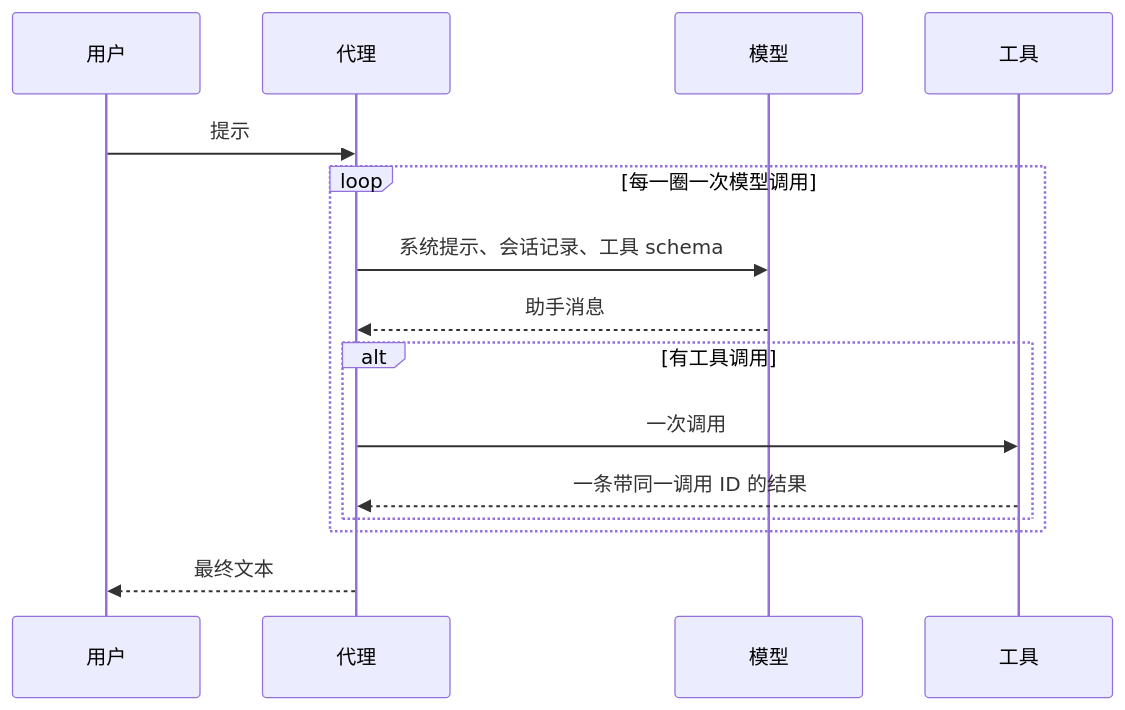
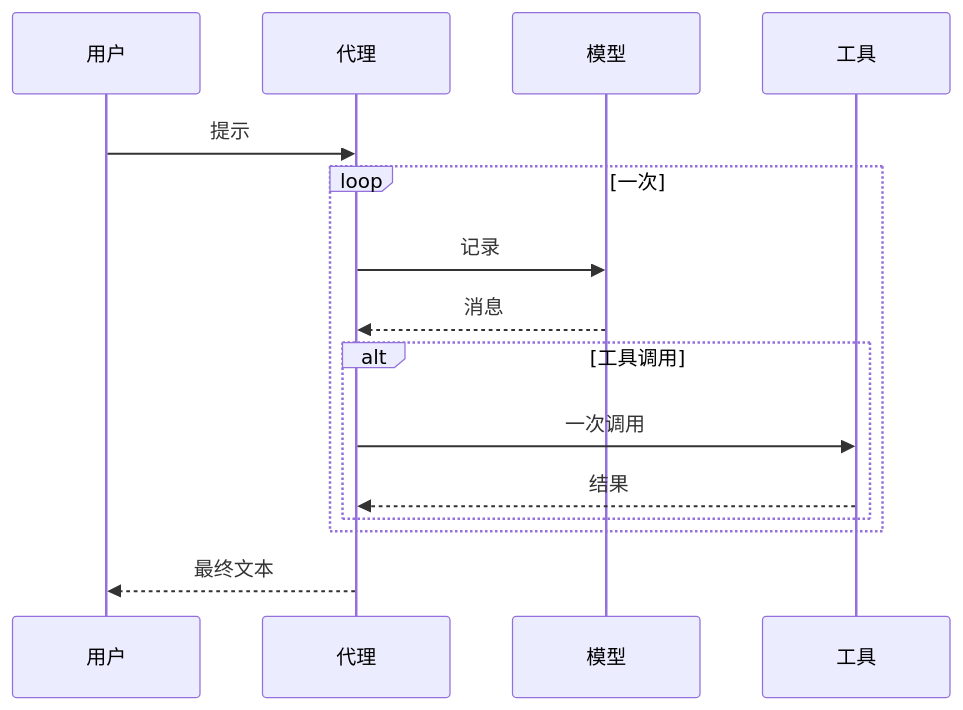
The second of 4 diagrams in docs/design.zh-CN.md (zyy17/pigo), drawn with Mermaid before and after one commit. The commit also changed other lines of this file and 5 other files, not shown here.

First line of the commit message:
docs: fix clipped labels in TUI diagrams

````diff
--- a/docs/design.zh-CN.md
+++ b/docs/design.zh-CN.md
@@ -45,17 +45,17 @@
 ```mermaid
 sequenceDiagram
     participant User as 用户
     participant Agent as 代理
     participant Model as 模型
     participant Tools as 工具
     User->>Agent: 提示
-    loop 每一圈一次模型调用
-        Agent->>Model: 系统提示、会话记录、工具 schema
-        Model-->>Agent: 助手消息
-        alt 有工具调用
+    loop 一次
+        Agent->>Model: 记录
+        Model-->>Agent: 消息
+        alt 工具调用
             Agent->>Tools: 一次调用
-            Tools-->>Agent: 一条带同一调用 ID 的结果
+            Tools-->>Agent: 结果
         end
     end
     Agent-->>User: 最终文本
 ```
````
